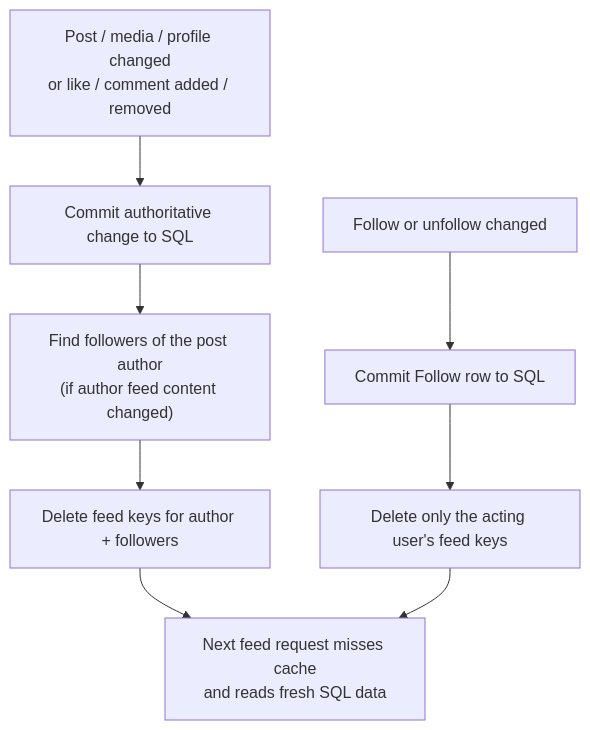
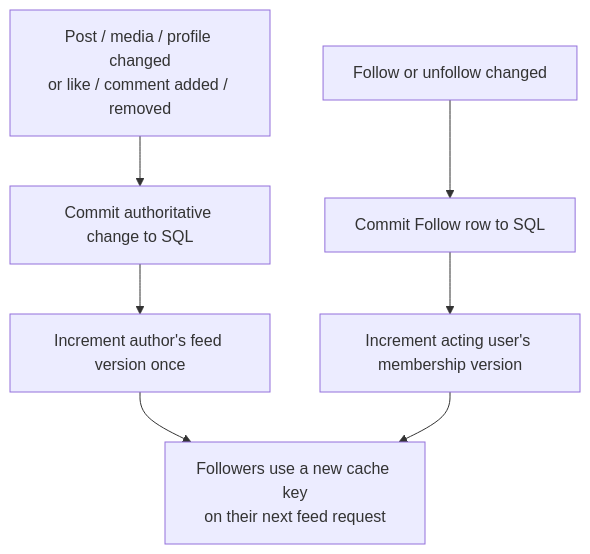
The third of 4 diagrams in docs/redis-backend-learning-guide.md (shiva6666/socialmediaapp), drawn with Mermaid before and after one commit. The commit also changed other lines of this file and 8 other files, not shown here.

Commit message:
Use versioned feed cache invalidation

````diff
--- a/docs/redis-backend-learning-guide.md
+++ b/docs/redis-backend-learning-guide.md
@@ -116,11 +122,10 @@
 ```mermaid
 flowchart TD
     Change["Post / media / profile changed\nor like / comment added / removed"] --> Commit["Commit authoritative change to SQL"]
-    Commit --> Followers["Find followers of the post author\n(if author feed content changed)"]
-    Followers --> Keys["Delete feed keys for author + followers"]
-    Keys --> Next["Next feed request misses cache\nand reads fresh SQL data"]
+    Commit --> AuthorVersion["Increment author's feed version once"]
+    AuthorVersion --> Next["Followers use a new cache key\non their next feed request"]
 
     Follow["Follow or unfollow changed"] --> FollowCommit["Commit Follow row to SQL"]
-    FollowCommit --> OwnFeed["Delete only the acting user's feed keys"]
-    OwnFeed --> Next
+    FollowCommit --> MembershipVersion["Increment acting user's membership version"]
+    MembershipVersion --> Next
 ```
````
